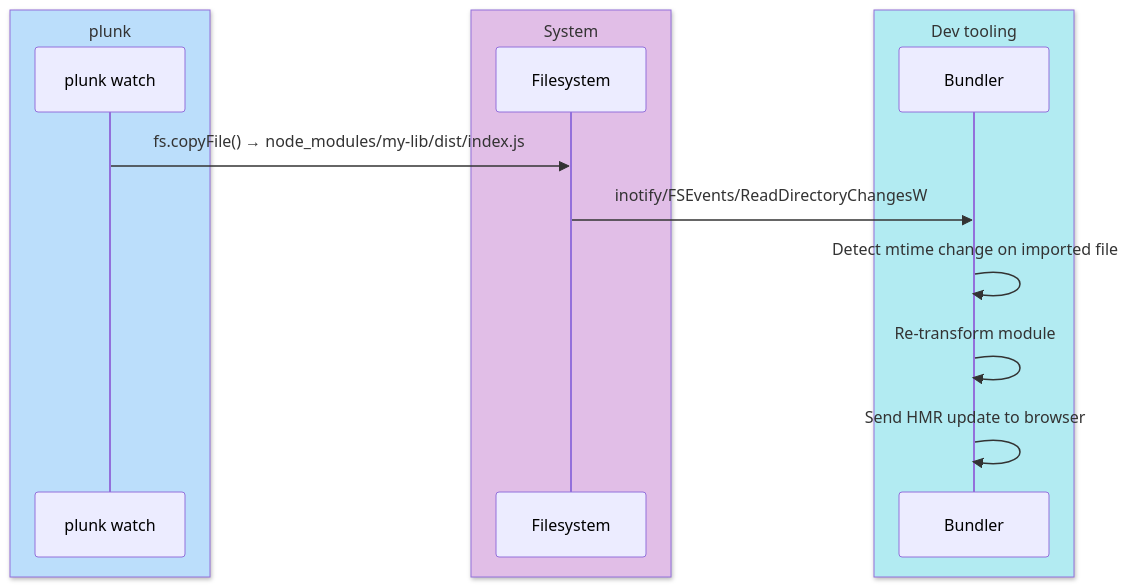
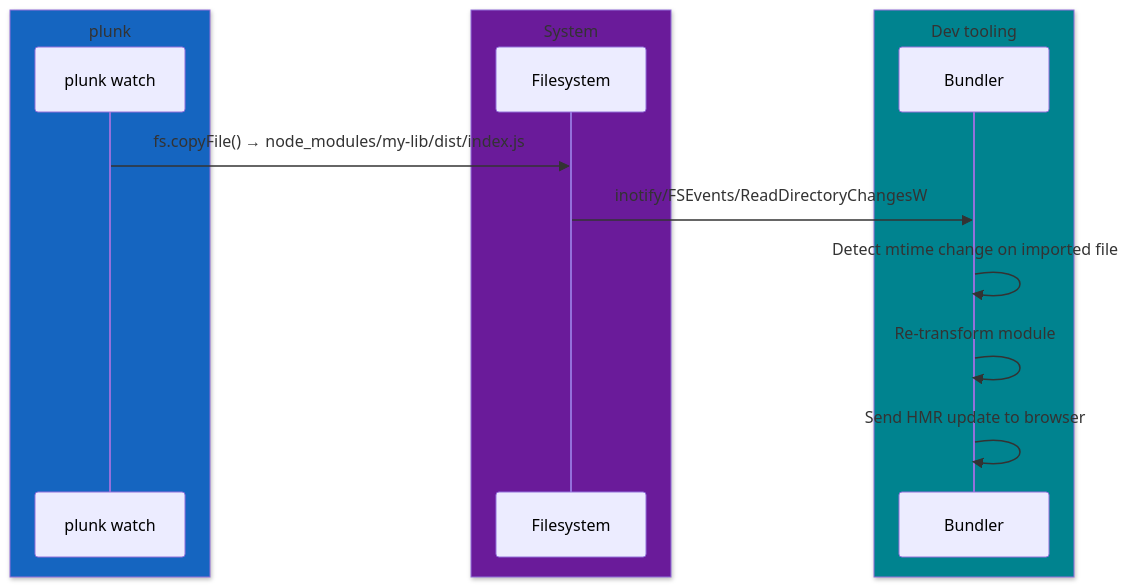
Before and after one commit to oleg-kuibar/plunk: the first of 2 diagrams in docs/bundlers.md, drawn with Mermaid. The commit also changed other lines of this file and 5 other files, not shown here.

First line of the commit message:
docs: use dark-fill mermaid colors for dark-themed UI readability

````diff
--- a/docs/bundlers.md
+++ b/docs/bundlers.md
@@ -7,18 +7,18 @@
 ```mermaid
 sequenceDiagram
-    box rgb(187,222,251) plunk
+    box rgb(21,101,192) plunk
         participant W as plunk watch
     end
-    box rgb(225,190,231) System
+    box rgb(106,27,154) System
         participant FS as Filesystem
     end
-    box rgb(178,235,242) Dev tooling
+    box rgb(0,131,143) Dev tooling
         participant B as Bundler
     end
 
     W->>FS: fs.copyFile() → node_modules/my-lib/dist/index.js
     FS->>B: inotify/FSEvents/ReadDirectoryChangesW
     B->>B: Detect mtime change on imported file
     B->>B: Re-transform module
     B->>B: Send HMR update to browser
 ```
````
